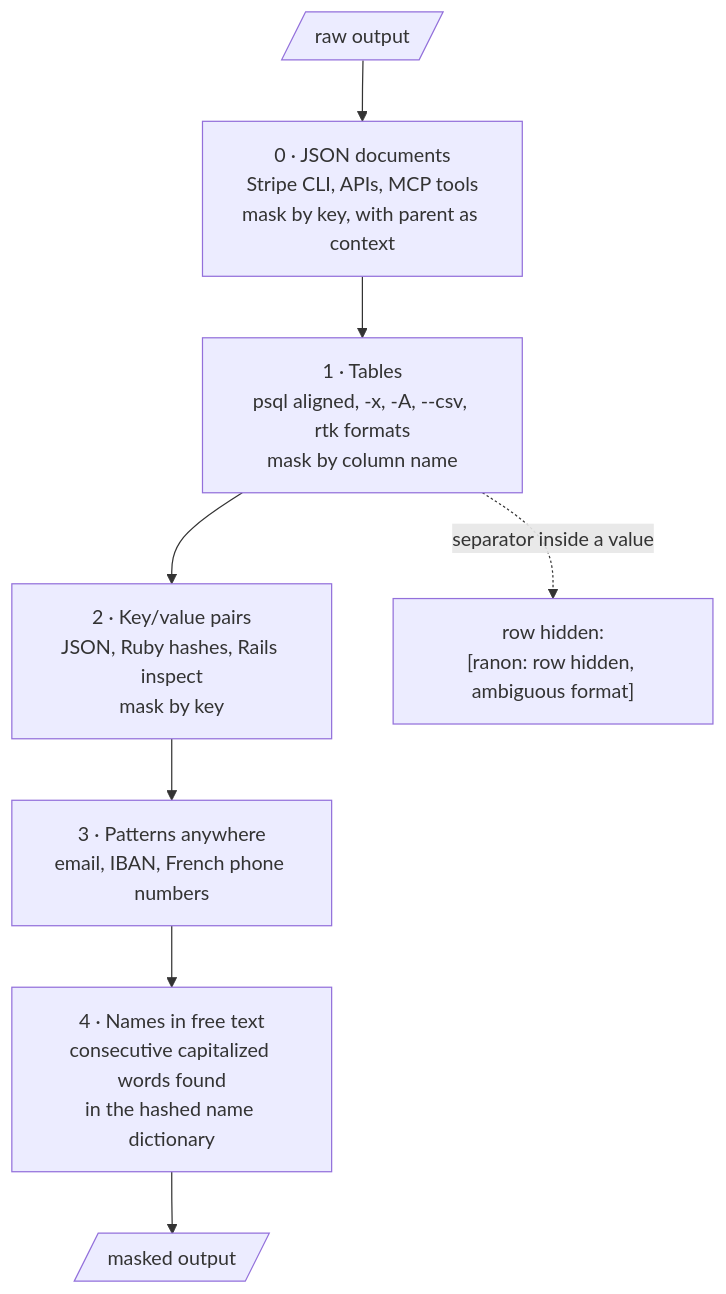
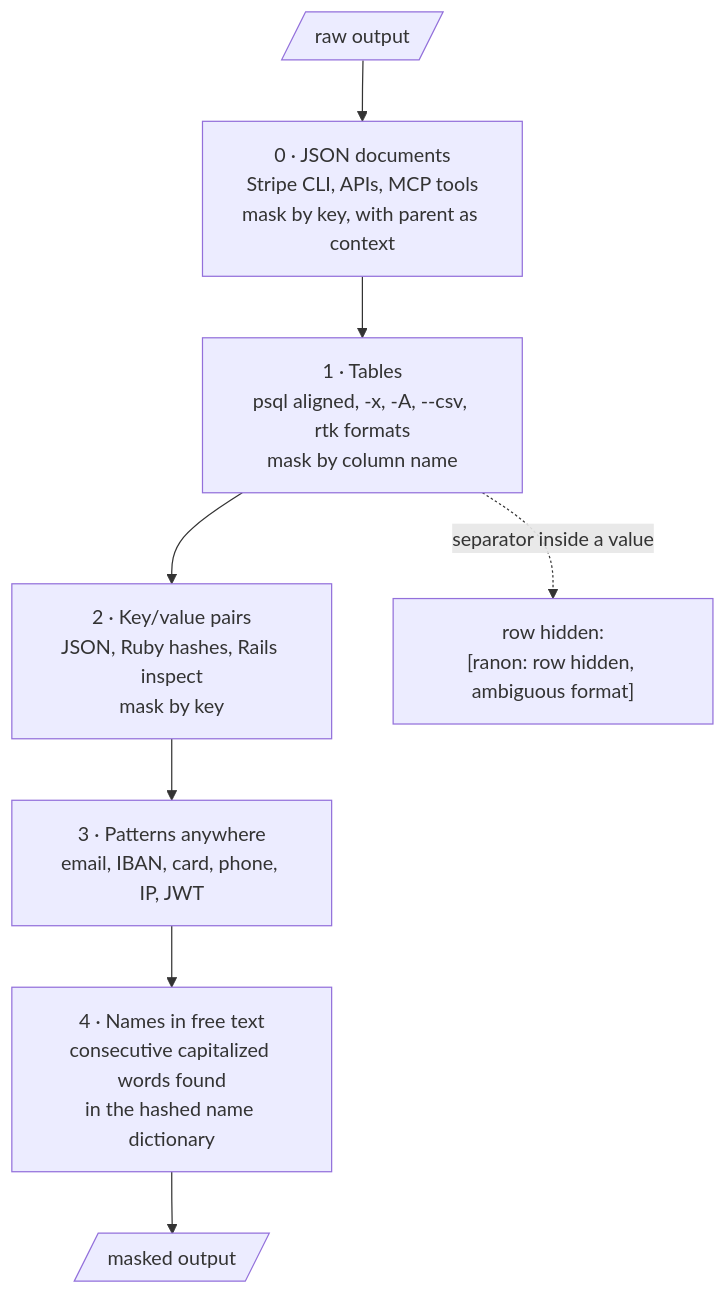
Before and after one commit to ludovicl/ranon: the second of 3 diagrams in docs/how-it-works.md, drawn with Mermaid. The commit also changed other lines of this file and 2 other files, not shown here.

Commit message:
Document the new patterns and the free-text and re-identification limits

````diff
--- a/docs/how-it-works.md
+++ b/docs/how-it-works.md
@@ -25,10 +25,10 @@
 ```mermaid
 flowchart TD
     IN[/raw output/] --> J
     J["0 · JSON documents<br/>Stripe CLI, APIs, MCP tools<br/>mask by key, with parent as context"] --> T
     T["1 · Tables<br/>psql aligned, -x, -A, --csv, rtk formats<br/>mask by column name"] --> K
     K["2 · Key/value pairs<br/>JSON, Ruby hashes, Rails inspect<br/>mask by key"] --> P
-    P["3 · Patterns anywhere<br/>email, IBAN, French phone numbers"] --> N
+    P["3 · Patterns anywhere<br/>email, IBAN, card, phone, IP, JWT"] --> N
     N["4 · Names in free text<br/>consecutive capitalized words found<br/>in the hashed name dictionary"] --> OUT[/masked output/]
     T -. "separator inside a value" .-> H["row hidden:<br/>[ranon: row hidden, ambiguous format]"]
 ```
````
